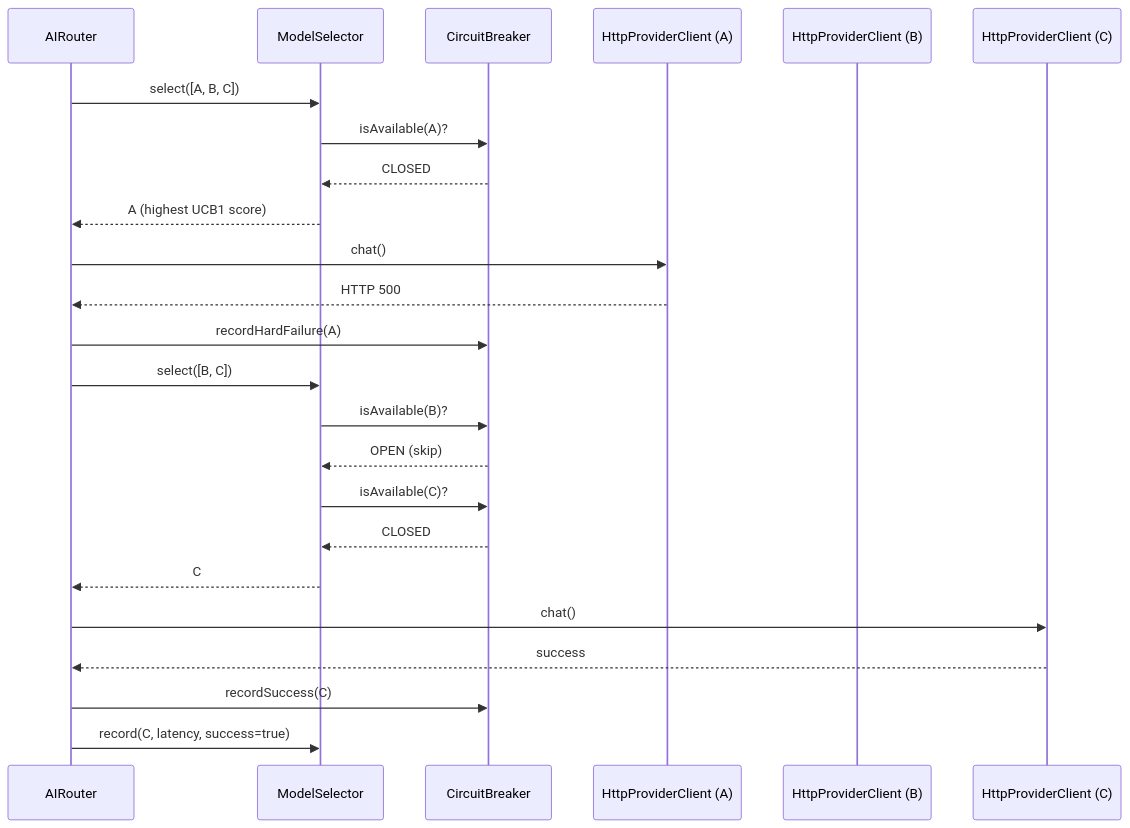
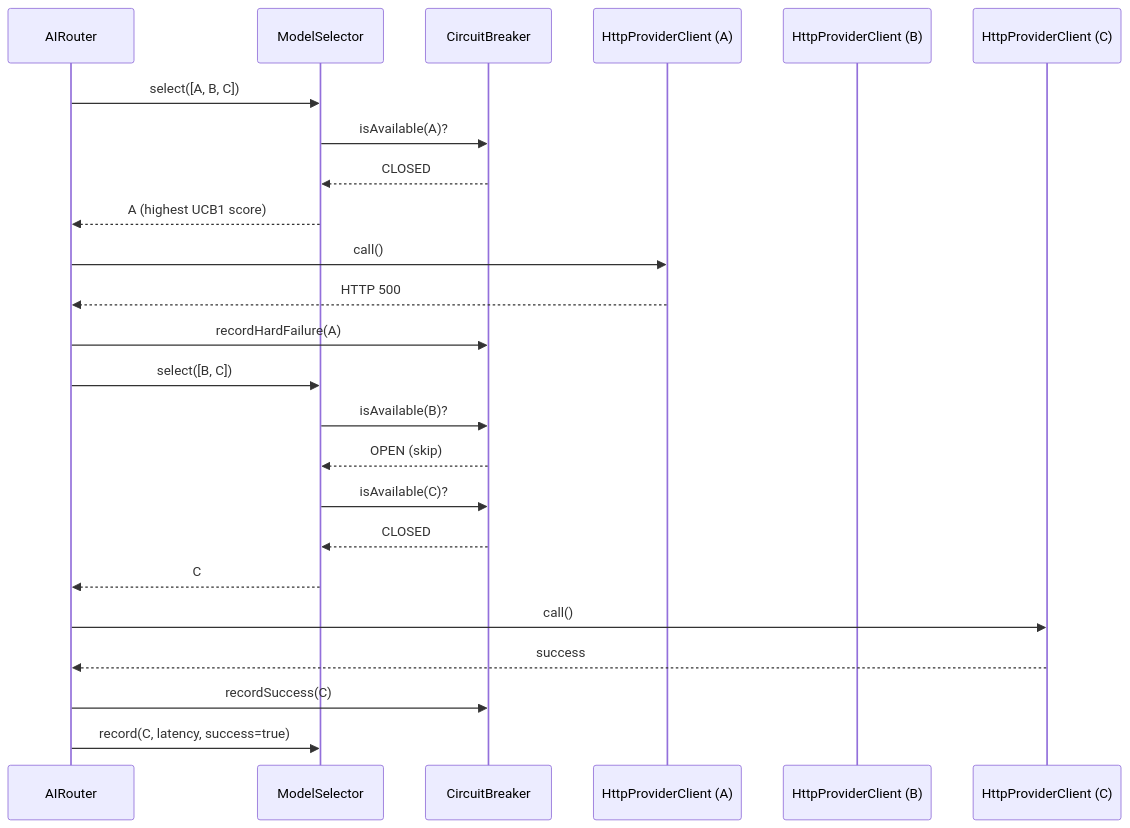
One commit to mavek87/multiflow-ai-gateway changed the first of 3 diagrams in README.md. Above: the diagram before and after it, drawn with Mermaid. The commit also changed 6 other files, not shown here.

````diff
--- a/README.md
+++ b/README.md
@@ -259,27 +259,27 @@
 ```mermaid
 sequenceDiagram
     participant R as AIRouter
     participant S as ModelSelector
     participant CB as CircuitBreaker
     participant A as HttpProviderClient (A)
     participant B as HttpProviderClient (B)
     participant C as HttpProviderClient (C)
 
     R->>S: select([A, B, C])
     S->>CB: isAvailable(A)?
     CB-->>S: CLOSED
     S-->>R: A (highest UCB1 score)
-    R->>A: chat()
+    R->>A: call()
     A-->>R: HTTP 500
     R->>CB: recordHardFailure(A)
     R->>S: select([B, C])
     S->>CB: isAvailable(B)?
     CB-->>S: OPEN (skip)
     S->>CB: isAvailable(C)?
     CB-->>S: CLOSED
     S-->>R: C
-    R->>C: chat()
+    R->>C: call()
     C-->>R: success
     R->>CB: recordSuccess(C)
     R->>S: record(C, latency, success=true)
 ```
````
